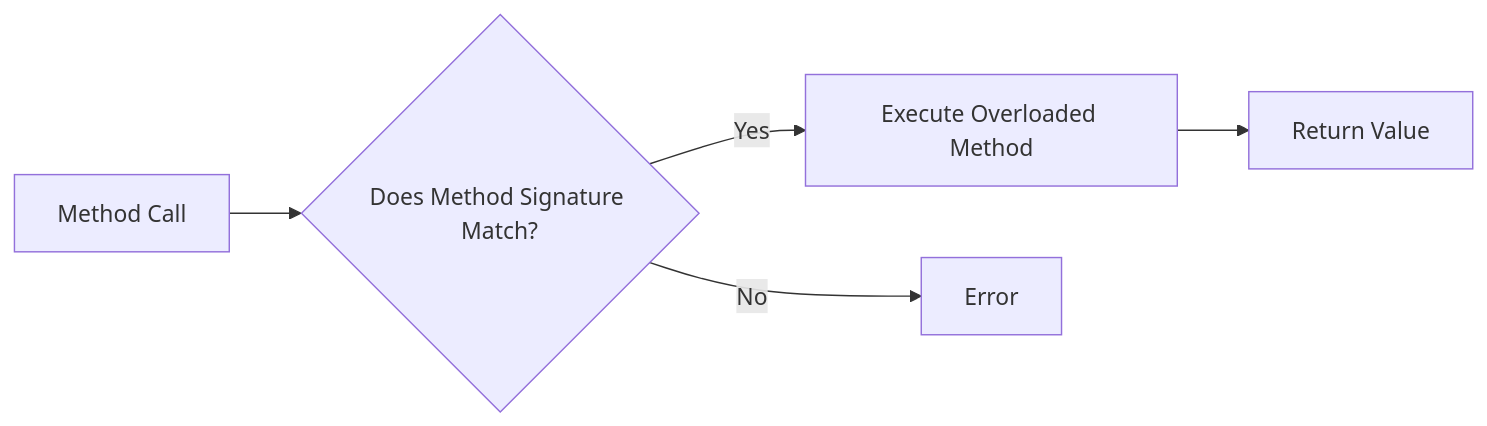
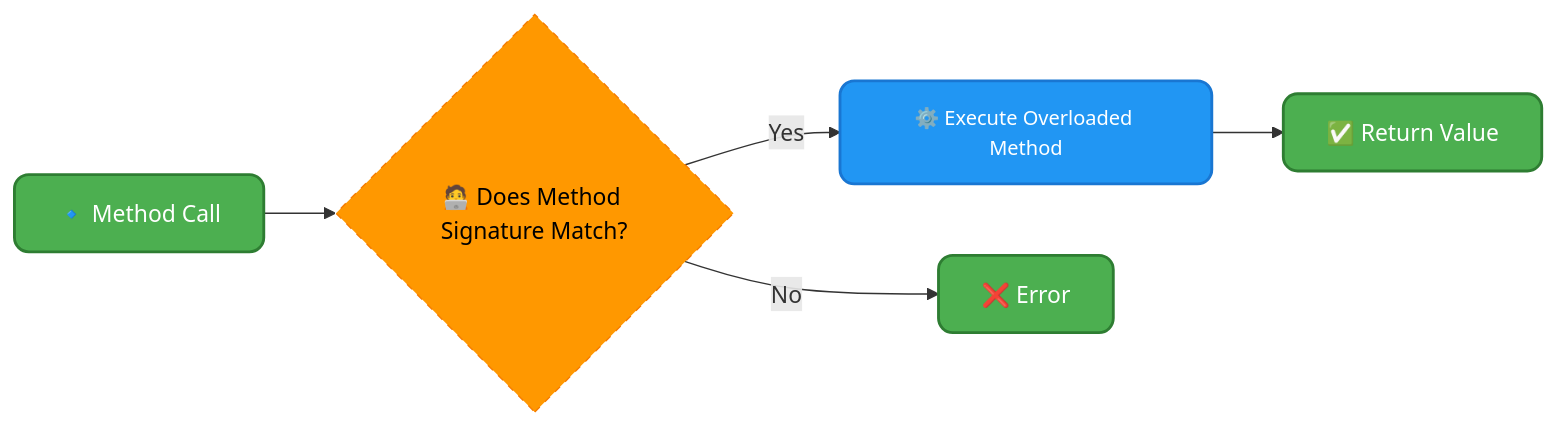
Before and after one commit to infoyouth/infoyouth.github.io: the fourth of 5 diagrams in _posts/2024-12-25-11.-methods-in-java.md, drawn with Mermaid. The commit also changed other lines of this file and 1 other file, not shown here.

````diff
--- a/_posts/2024-12-25-11.-methods-in-java.md
+++ b/_posts/2024-12-25-11.-methods-in-java.md
@@ -517,7 +567,18 @@
-    ```mermaid
+```mermaid
     graph LR
-        A[Method Call] --> B{Does Method Signature Match?};
-        B -- Yes --> C[Execute Overloaded Method];
-        B -- No --> D[Error];
-        C--> E[Return Value]
-    ```
+        A[🔹 Method Call] --> B{🧑‍💻 Does Method Signature Match?}
+        B -- Yes --> C[⚙️ Execute Overloaded Method]
+        B -- No --> D[❌ Error]
+        C --> E[✅ Return Value]
+
+        class A startNode
+        class B decisionNode
+        class C processNode
+        class D returnNode
+        class E returnNode
+
+        classDef startNode fill:#4CAF50,stroke:#2E7D32,color:#FFFFFF,font-size:16px,stroke-width:2px,rx:10px;
+        classDef processNode fill:#2196F3,stroke:#1976D2,color:#FFFFFF,font-size:14px,stroke-width:2px,rx:10px;
+        classDef decisionNode fill:#FF9800,stroke:#F57C00,color:#000000,font-size:16px,stroke-dasharray: 5,5;
+        classDef returnNode fill:#4CAF50,stroke:#2E7D32,color:#FFFFFF,font-size:16px,stroke-width:2px,rx:10px;
+```
````
